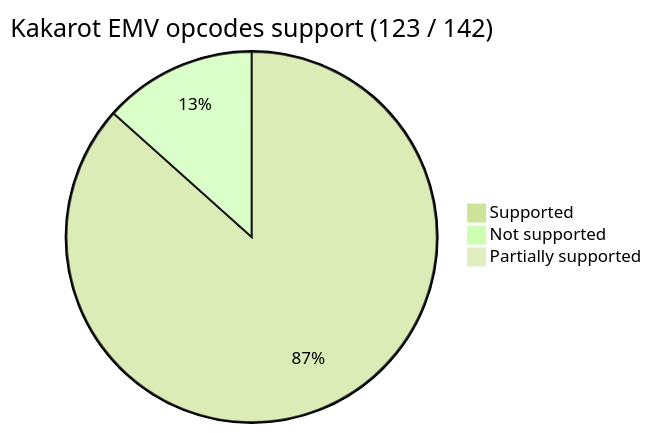
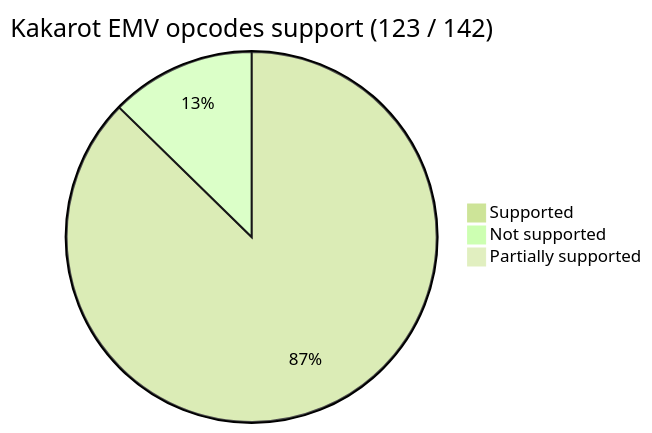
Before and after one commit to kkrt-labs/kakarot: the first of 2 diagrams in README.md, drawn with Mermaid. The commit also changed 5 other files, not shown here.

````diff
--- a/README.md
+++ b/README.md
@@ -38,9 +38,9 @@
 ```mermaid
 %%{init: {'theme': 'forest', 'themeVariables': { 'darkMode': 'false'}}}%%
 
 pie title Kakarot EMV opcodes support (123 / 142)
-    "Supported" : 123
-    "Not supported" : 19
+    "Supported" : 124
+    "Not supported" : 18
 
     "Partially supported" : 0
 ```
````
